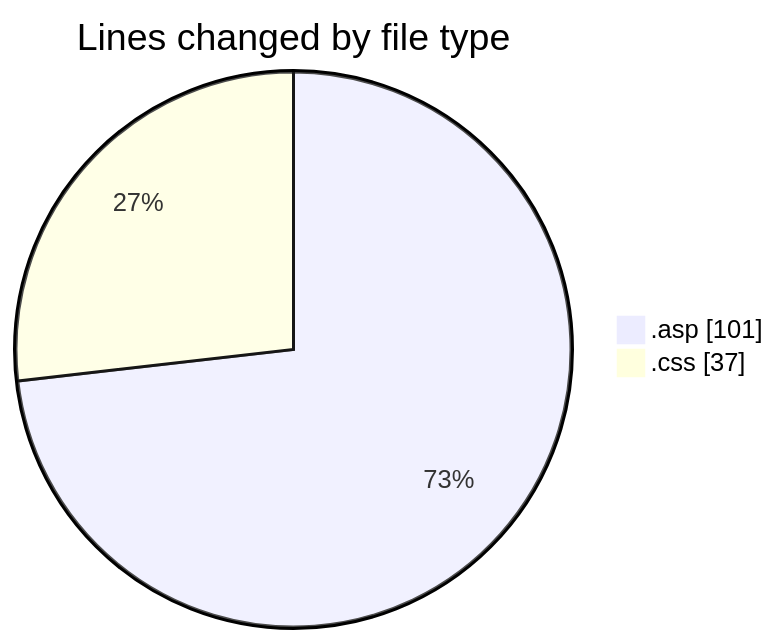
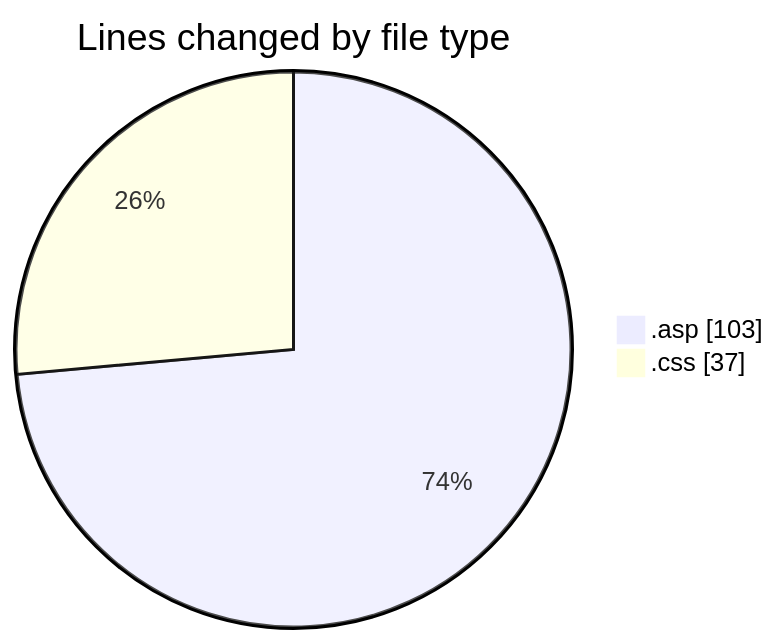
One commit to julien-gomy/code-tracking changed the first of 2 diagrams in 2025-11-02/cdp_aleoudev_fr__workspace_/README.md. Above: the diagram before and after it, drawn with Mermaid. The commit also changed other lines of this file and 1 other file, not shown here.

````diff
--- a/2025-11-02/cdp_aleoudev_fr__workspace_/README.md
+++ b/2025-11-02/cdp_aleoudev_fr__workspace_/README.md
@@ -23,6 +23,6 @@
 ```mermaid
 pie showData
 title Lines changed by file type
-".asp" : 101
+".asp" : 103
 ".css" : 37
 ```
````
